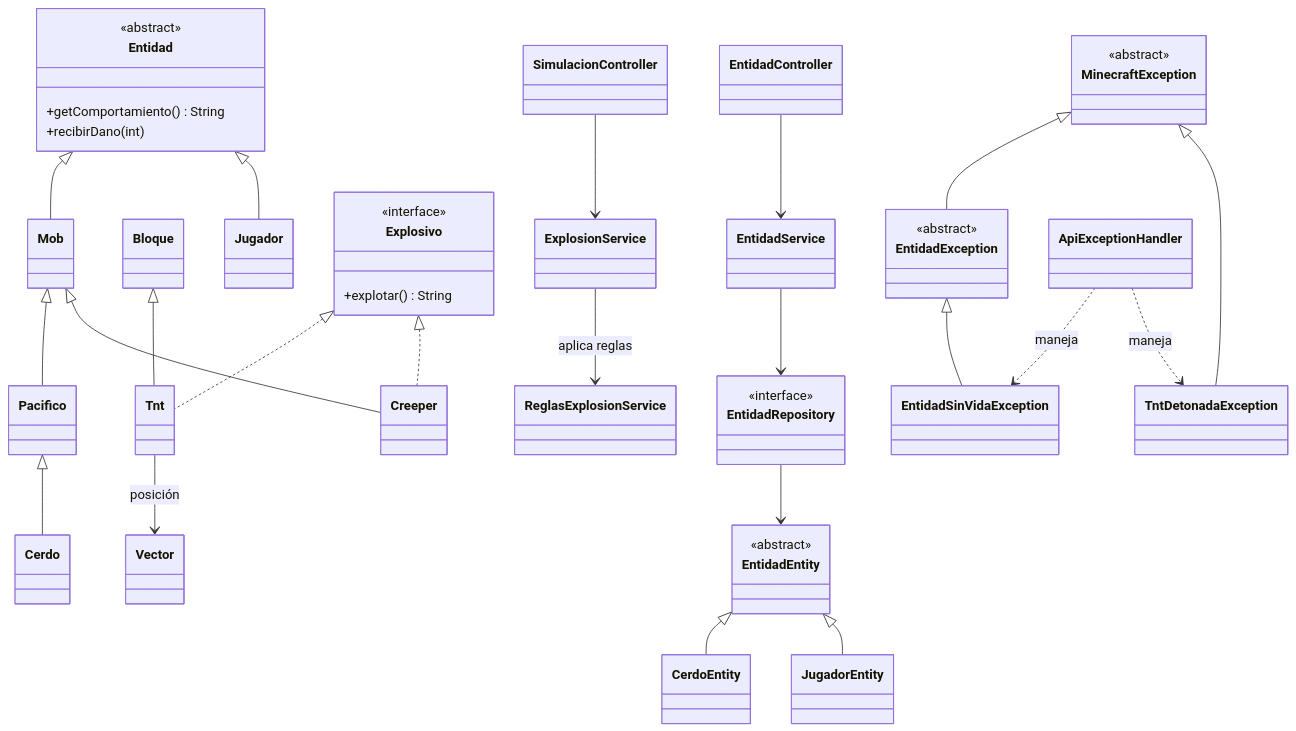
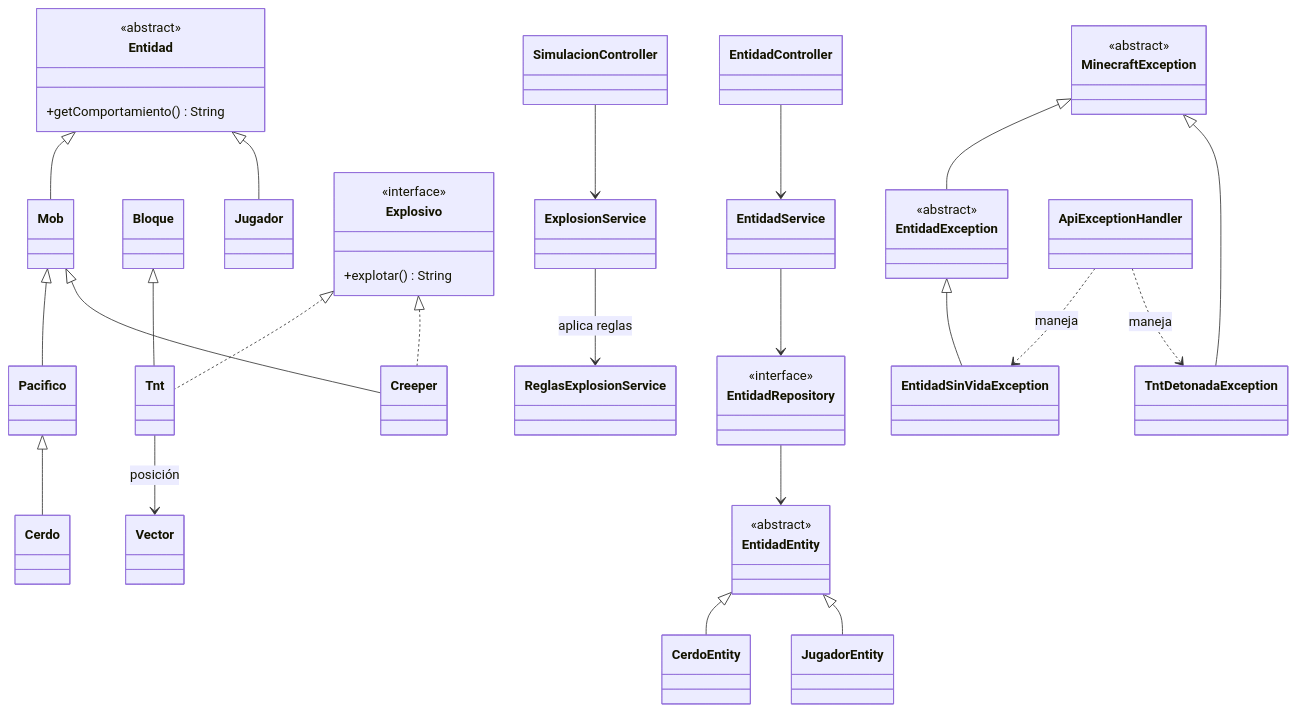
Before and after one commit to LucasFadul/lfadul-tp-lp3-2026: the second of 2 diagrams in README.md, drawn with Mermaid. The commit also changed other lines of this file and 4 other files, not shown here.

````diff
--- a/README.md
+++ b/README.md
@@ -309,64 +310,63 @@
 ```mermaid
 classDiagram
     class Entidad {
         <<abstract>>
         +getComportamiento() String
-        +recibirDano(int)
     }
     class Mob
     class Pacifico
     class Bloque
     class Cerdo
     class Jugador
     class Tnt {
     }
     class Vector
     class ReglasExplosionService
     class Explosivo {
         <<interface>>
         +explotar() String
     }
     class Creeper
     class EntidadEntity {
         <<abstract>>
     }
     class CerdoEntity
     class JugadorEntity
     class EntidadRepository {
         <<interface>>
     }
     class EntidadController
     class EntidadService
     class ExplosionService
     class SimulacionController
     class MinecraftException {
         <<abstract>>
     }
     class EntidadException {
         <<abstract>>
     }
     class EntidadSinVidaException
     class TntDetonadaException
     class ApiExceptionHandler
     Entidad <|-- Mob
     Mob <|-- Pacifico
     Pacifico <|-- Cerdo
     Entidad <|-- Jugador
     Mob <|-- Creeper
     Bloque <|-- Tnt
     Explosivo <|.. Tnt
     Explosivo <|.. Creeper
     Tnt --> Vector : posición
     ExplosionService --> ReglasExplosionService : aplica reglas
     EntidadEntity <|-- CerdoEntity
     EntidadEntity <|-- JugadorEntity
     EntidadController --> EntidadService
     SimulacionController --> ExplosionService
     EntidadService --> EntidadRepository
     EntidadRepository --> EntidadEntity
     MinecraftException <|-- EntidadException
     EntidadException <|-- EntidadSinVidaException
     MinecraftException <|-- TntDetonadaException
     ApiExceptionHandler ..> EntidadSinVidaException : maneja
     ApiExceptionHandler ..> TntDetonadaException : maneja
 ```
````
